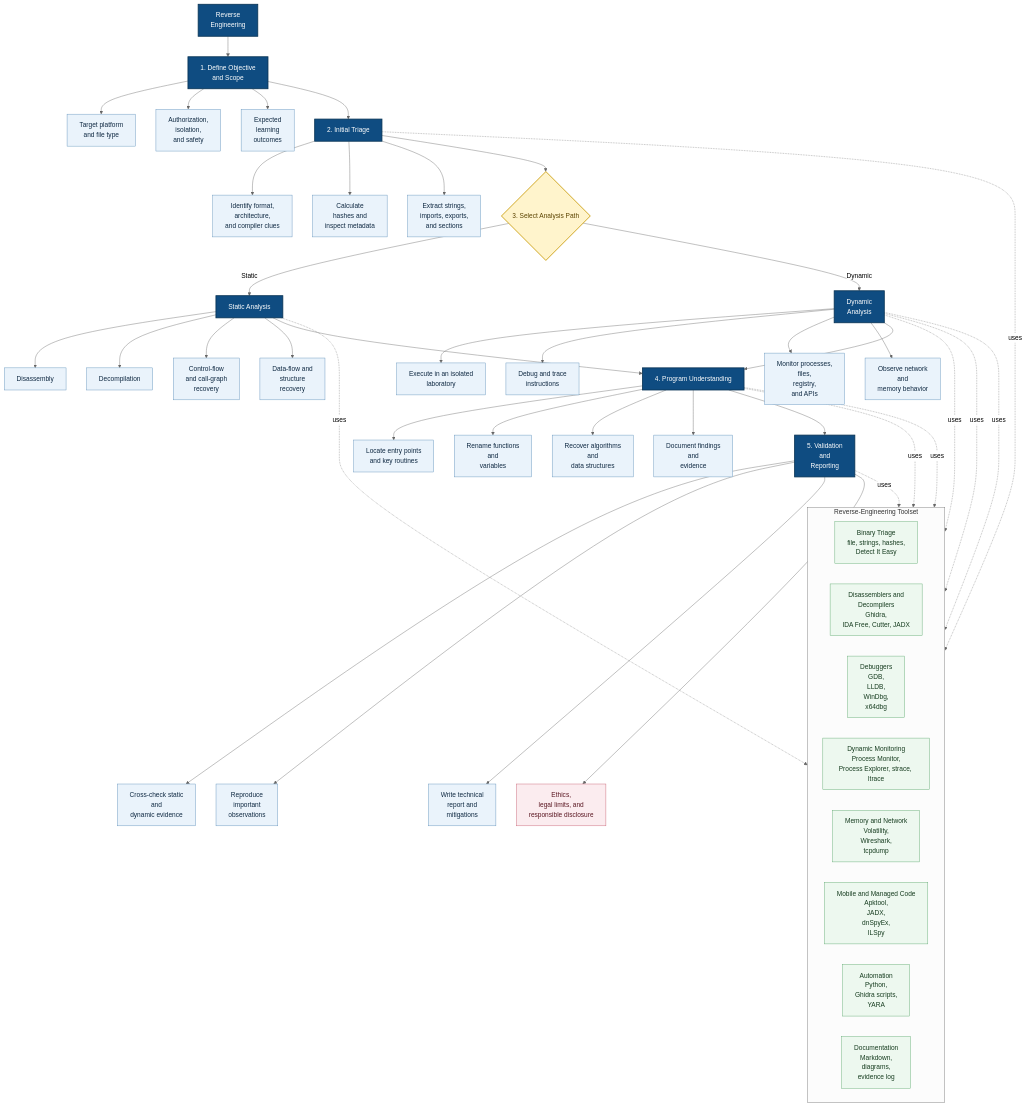
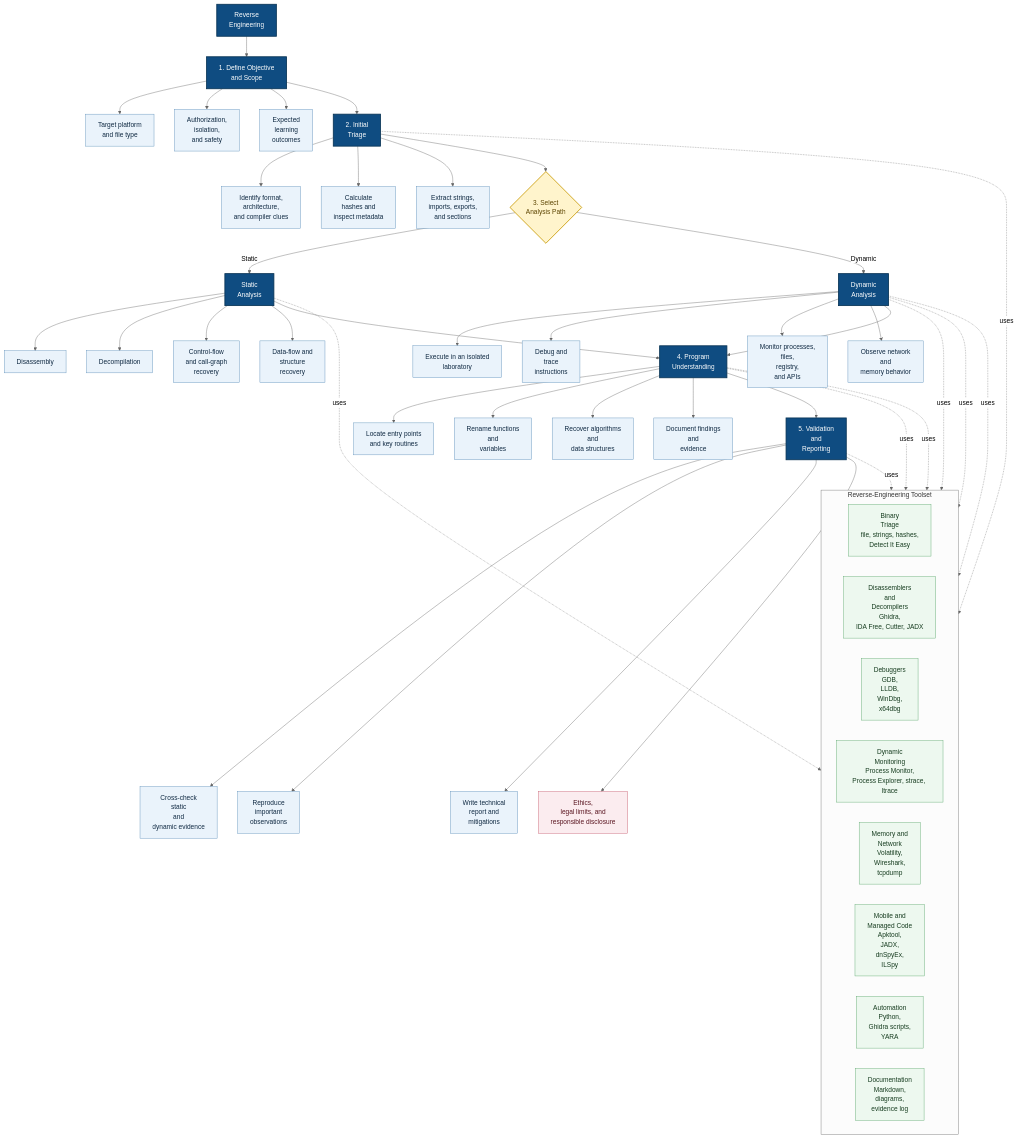
The diagram in README.md (cybersecurity-dev/awesome-reverse-engineering-resources), drawn with Mermaid (neutral theme) before and after one commit.

Commit message:
++small fix

````diff
--- a/README.md
+++ b/README.md
@@ -3,72 +3,72 @@
 ```mermaid
 flowchart TB
     A[Reverse<br/>Engineering] --> B[1. Define Objective<br/>and Scope]
     B --> B1[Target platform<br/>and file type]
     B --> B2[Authorization,<br/>isolation,<br/>and safety]
     B --> B3[Expected<br/>learning<br/>outcomes]
 
-    B --> C[2. Initial Triage]
+    B --> C[2. Initial<br/>Triage]
     C --> C1[Identify format,<br/>architecture,<br/>and compiler clues]
     C --> C2[Calculate<br/>hashes and<br/>inspect metadata]
     C --> C3[Extract strings,<br/>imports, exports,<br/>and sections]
 
-    C --> D{3. Select Analysis Path}
+    C --> D{3. Select<br/>Analysis Path}
 
-    D -->|Static| E[Static Analysis]
+    D -->|Static| E[Static<br/>Analysis]
     E --> E1[Disassembly]
     E --> E2[Decompilation]
     E --> E3[Control-flow<br/>and call-graph<br/>recovery]
     E --> E4[Data-flow and<br/>structure<br/>recovery]
 
     D -->|Dynamic| F[Dynamic<br/>Analysis]
     F --> F1[Execute in an isolated<br/>laboratory]
-    F --> F2[Debug and trace<br/>instructions]
+    F --> F2[Debug and<br/>trace<br/>instructions]
     F --> F3[Monitor processes,<br/>files,<br/>registry,<br/>and APIs]
     F --> F4[Observe network<br/>and<br/>memory behavior]
 
-    E --> G[4. Program Understanding]
+    E --> G[4. Program<br/>Understanding]
     F --> G
     G --> G1[Locate entry points<br/>and key routines]
     G --> G2[Rename functions<br/>and<br/>variables]
     G --> G3[Recover algorithms<br/>and<br/>data structures]
     G --> G4[Document findings<br/>and<br/>evidence]
 
     G --> H[5. Validation<br/>and<br/>Reporting]
-    H --> H1[Cross-check static<br/>and<br/>dynamic evidence]
+    H --> H1[Cross-check<br/>static<br/>and<br/>dynamic evidence]
     H --> H2[Reproduce<br/>important<br/>observations]
     H --> H3[Write technical<br/>report and<br/>mitigations]
     H --> H4[Ethics,<br/>legal limits, and<br/>responsible disclosure]
 
     subgraph T[Reverse-Engineering Toolset]
       direction LR
-      T1["Binary Triage<br/>file, strings, hashes,<br/>Detect It Easy"]
-      T2["Disassemblers and<br/>Decompilers<br/>Ghidra,<br/>IDA Free, Cutter, JADX"]
+      T1["Binary<br/>Triage<br/>file, strings, hashes,<br/>Detect It Easy"]
+      T2["Disassemblers<br/>and<br/>Decompilers<br/>Ghidra,<br/>IDA Free, Cutter, JADX"]
       T3["Debuggers<br/>GDB,<br/>LLDB,<br/>WinDbg,<br/>x64dbg"]
-      T4["Dynamic Monitoring<br/>Process Monitor,<br/>Process Explorer, strace, ltrace"]
-      T5["Memory and Network<br/>Volatility,<br/>Wireshark,<br/>tcpdump"]
-      T6["Mobile and Managed Code<br/>Apktool,<br/>JADX,<br/>dnSpyEx,<br/>ILSpy"]
+      T4["Dynamic<br/>Monitoring<br/>Process Monitor,<br/>Process Explorer, strace, ltrace"]
+      T5["Memory and<br/>Network<br/>Volatility,<br/>Wireshark,<br/>tcpdump"]
+      T6["Mobile and<br/>Managed Code<br/>Apktool,<br/>JADX,<br/>dnSpyEx,<br/>ILSpy"]
       T7["Automation<br/>Python,<br/>Ghidra scripts,<br/>YARA"]
       T8["Documentation<br/>Markdown,<br/>diagrams,<br/>evidence log"]
     end
 
     E -. uses .-> T2
     F -. uses .-> T3
     F -. uses .-> T4
     F -. uses .-> T5
     C -. uses .-> T1
     G -. uses .-> T6
     G -. uses .-> T7
     H -. uses .-> T8
 
     classDef phase fill:#0f4c81,color:#fff,stroke:#083354,stroke-width:2px;
     classDef activity fill:#eaf3fb,color:#102a43,stroke:#5b8db8;
     classDef decision fill:#fff4cc,color:#5c4400,stroke:#c79800,stroke-width:2px;
     classDef tool fill:#edf8ef,color:#173d20,stroke:#58a66a;
     classDef governance fill:#fbecef,color:#5b1722,stroke:#c65b6d;
 
     class A,B,C,E,F,G,H phase;
     class D decision;
     class B1,B2,B3,C1,C2,C3,E1,E2,E3,E4,F1,F2,F3,F4,G1,G2,G3,G4,H1,H2,H3 activity;
     class H4 governance;
     class T1,T2,T3,T4,T5,T6,T7,T8 tool;
 ```
````
